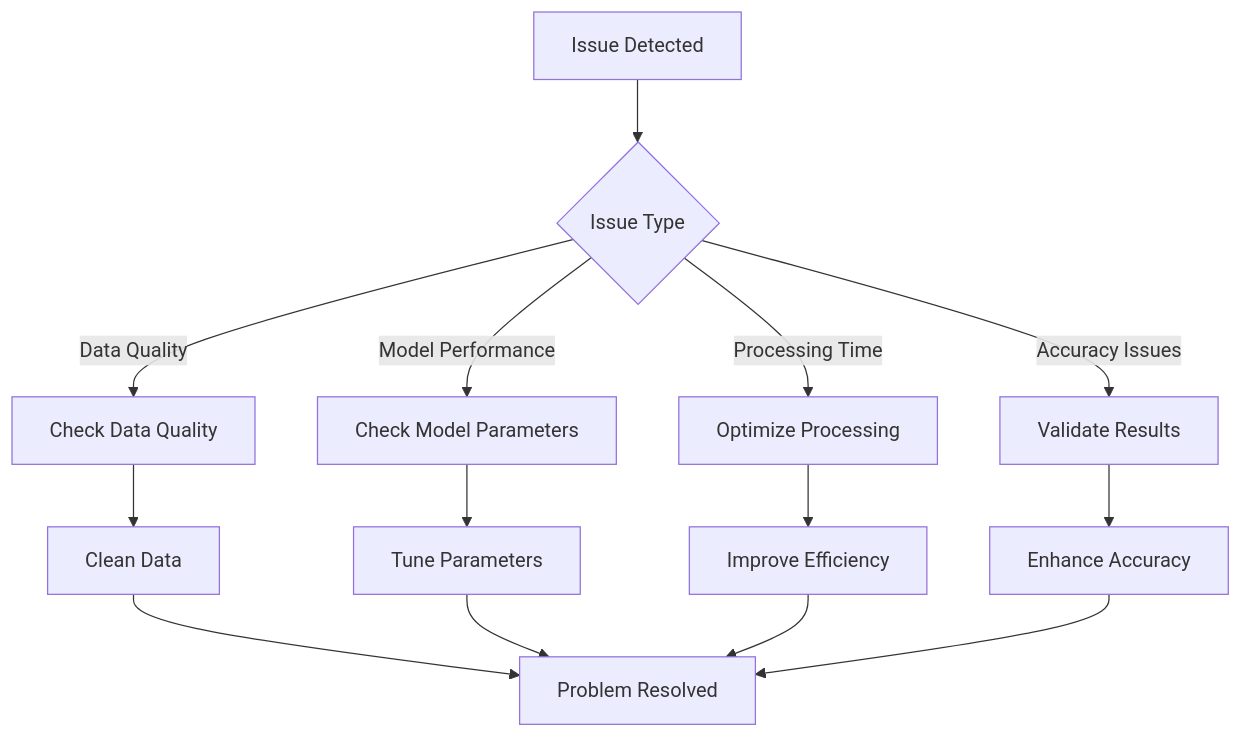
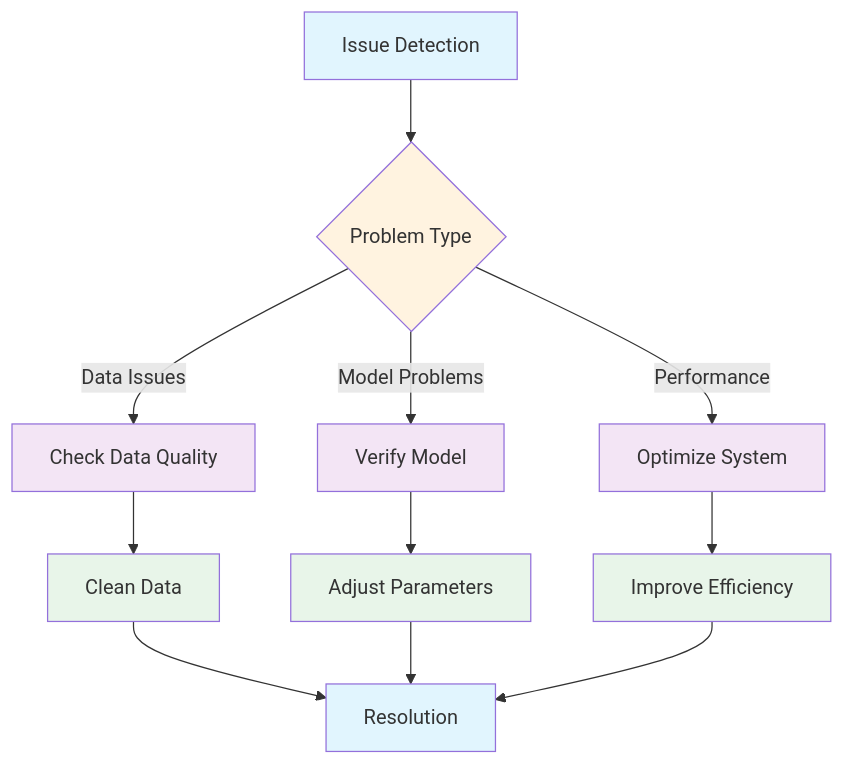
Before and after one commit to khairul-me/Enhanced-Sonar-Sensor-Accuracy-using-Machine-Learning: the eighth of 8 diagrams in README.md, drawn with Mermaid. The commit also changed other lines of this file, not shown here.

````diff
--- a/README.md
+++ b/README.md
@@ -203,19 +202,24 @@
 ```mermaid
-graph TD
-    Start[Issue Detected] --> Type{Issue Type}
+flowchart TD
+    A[Issue Detection] --> B{Problem Type}
     
-    Type -->|Data Quality| Quality[Check Data Quality]
-    Type -->|Model Performance| Model[Check Model Parameters]
-    Type -->|Processing Time| Speed[Optimize Processing]
-    Type -->|Accuracy Issues| Accuracy[Validate Results]
+    B -->|Data Issues| C[Check Data Quality]
+    B -->|Model Problems| D[Verify Model]
+    B -->|Performance| E[Optimize System]
     
-    Quality --> DataFix[Clean Data]
-    Model --> ModelFix[Tune Parameters]
-    Speed --> SpeedFix[Improve Efficiency]
-    Accuracy --> AccuracyFix[Enhance Accuracy]
+    C --> F[Clean Data]
+    D --> G[Adjust Parameters]
+    E --> H[Improve Efficiency]
     
-    DataFix --> Solution[Problem Resolved]
-    ModelFix --> Solution
-    SpeedFix --> Solution
-    AccuracyFix --> Solution
+    F & G & H --> I[Resolution]
+    
+    style A fill:#e1f5fe
+    style B fill:#fff3e0
+    style C fill:#f3e5f5
+    style D fill:#f3e5f5
+    style E fill:#f3e5f5
+    style F fill:#e8f5e9
+    style G fill:#e8f5e9
+    style H fill:#e8f5e9
+    style I fill:#e1f5fe
 ```
````
